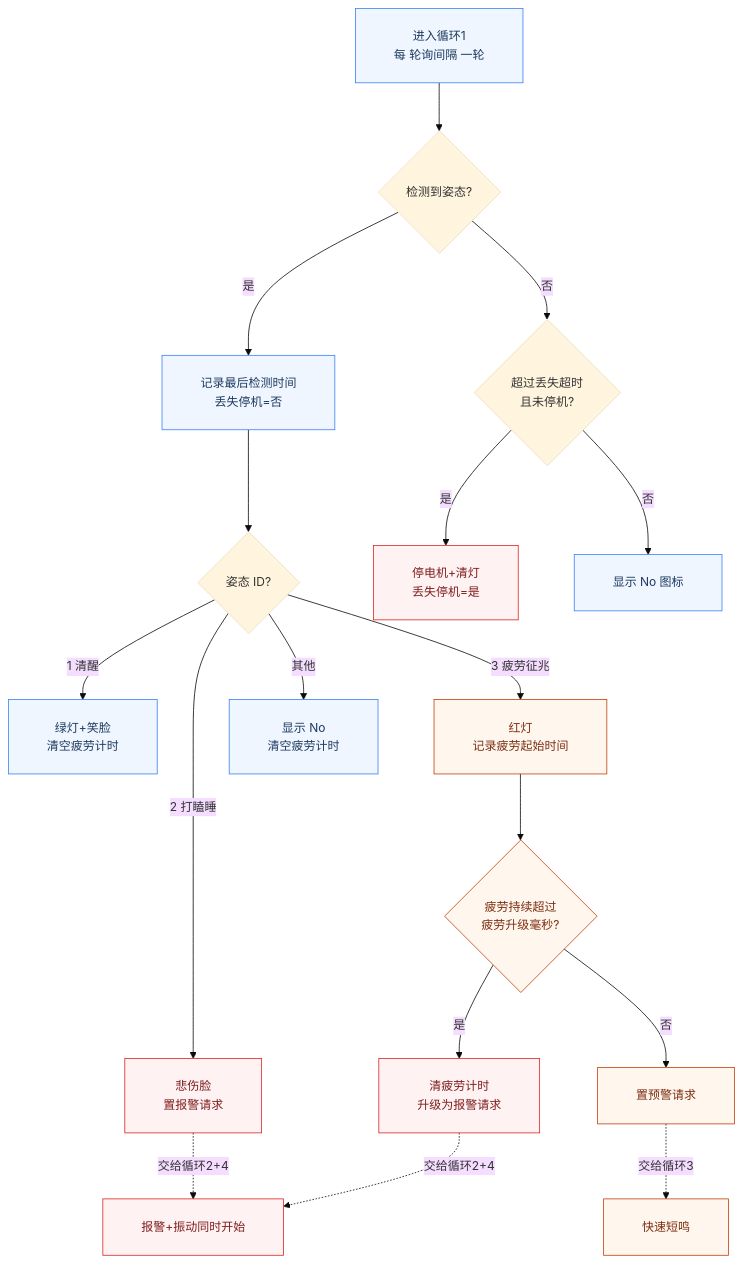
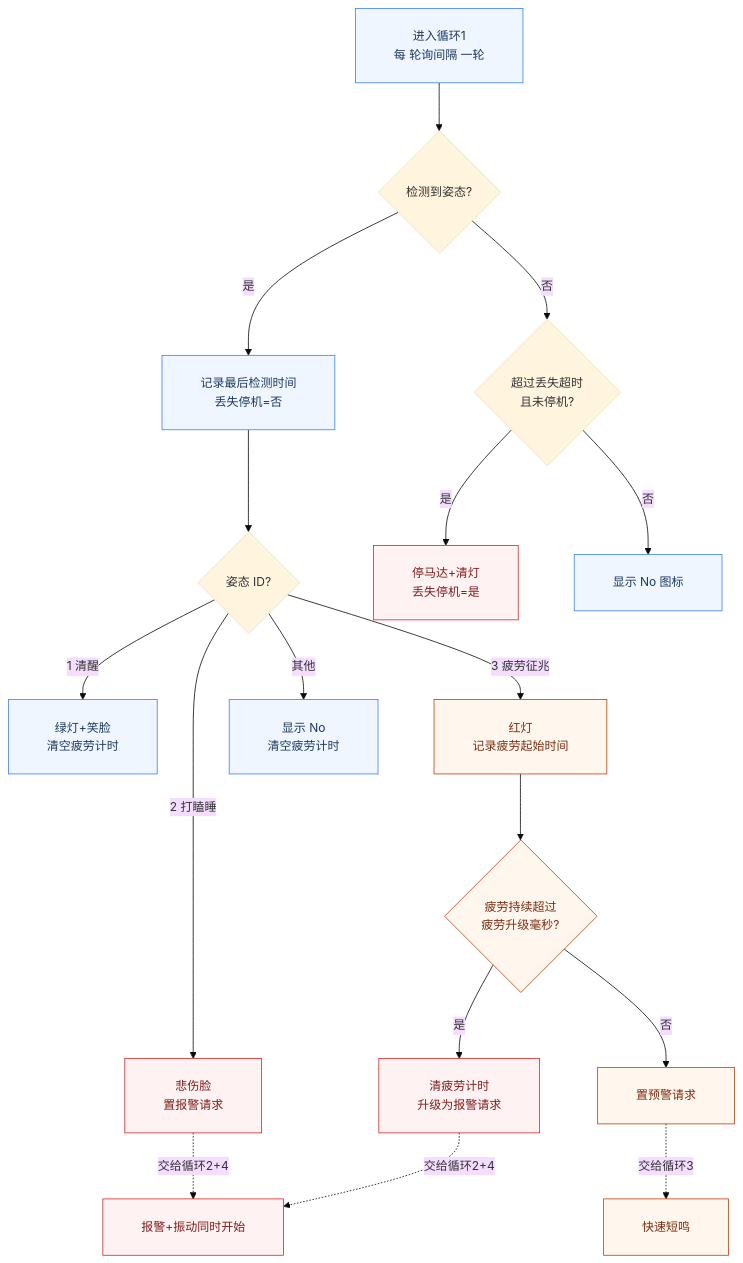
Before and after one commit to Gsjsjzhznsz/driver: the second of 3 diagrams in README.md, drawn with Mermaid. The commit also changed other lines of this file and 2 other files, not shown here.

````diff
--- a/README.md
+++ b/README.md
@@ -107,26 +107,26 @@
 ```mermaid
 %%{init: {"theme":"base","themeVariables":{"fontSize":"15px"},"flowchart":{"curve":"basis","padding":24,"nodeSpacing":70,"rankSpacing":60}}}%%
 flowchart TD
     S["进入循环1<br>每 轮询间隔 一轮"] --> A{"检测到姿态?"}
     A -->|"是"| B["记录最后检测时间<br>丢失停机=否"]
     B --> C{"姿态 ID?"}
     C -->|"1 清醒"| D["绿灯+笑脸<br>清空疲劳计时"]
     C -->|"2 打瞌睡"| E["悲伤脸<br>置报警请求"]
     C -->|"3 疲劳征兆"| F["红灯<br>记录疲劳起始时间"]
     C -->|"其他"| G["显示 No<br>清空疲劳计时"]
     F --> H{"疲劳持续超过<br>疲劳升级毫秒?"}
     H -->|"是"| I["清疲劳计时<br>升级为报警请求"]
     H -->|"否"| J["置预警请求"]
     A -->|"否"| K{"超过丢失超时<br>且未停机?"}
-    K -->|"是"| L["停电机+清灯<br>丢失停机=是"]
+    K -->|"是"| L["停马达+清灯<br>丢失停机=是"]
     K -->|"否"| M["显示 No 图标"]
     E -.->|"交给循环2+4"| N["报警+振动同时开始"]
     I -.->|"交给循环2+4"| N
     J -.->|"交给循环3"| O["快速短鸣"]
     classDef normal fill:#EFF6FF,stroke:#3B82F6,color:#1E3A5F
     classDef warn fill:#FFF7ED,stroke:#C2410C,color:#7C2D12
     classDef danger fill:#FEF2F2,stroke:#DC2626,color:#7F1D1D
     class S,B,D,G,M normal
     class F,H,J,O warn
     class E,I,N,L danger
 ```
````
